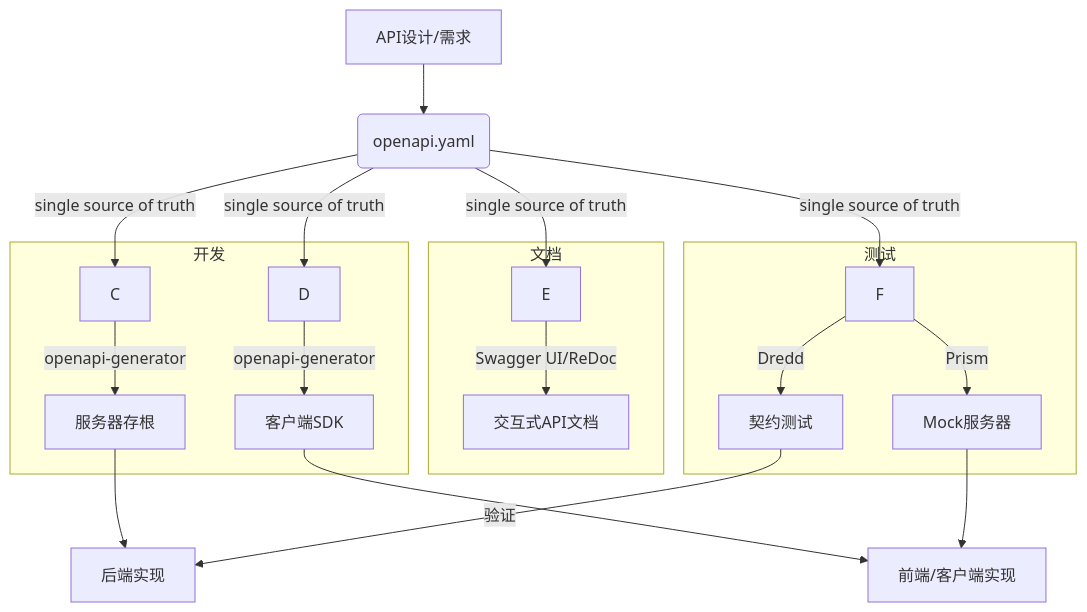
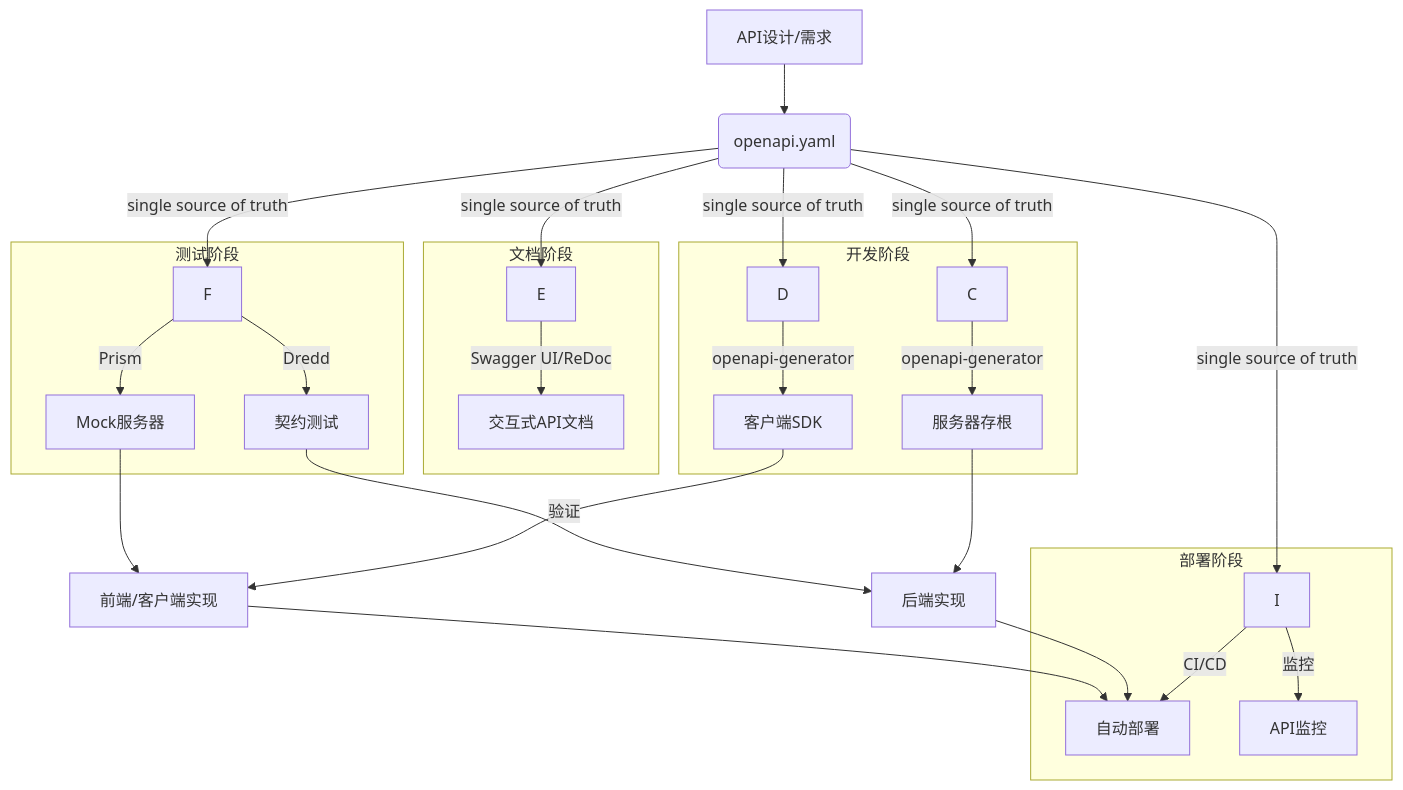
The first of 3 diagrams in Analysis/软件工程理论与实践体系/03-协议_DSL_自动化生成/03-API规范与DSL/01a-OpenAPI与Swagger-自动化实践.md (AdaMartin18010/formal-architecture), drawn with Mermaid before and after one commit. The commit also changed other lines of this file and 152 other files, not shown here.

````diff
--- a/Analysis/软件工程理论与实践体系/03-协议_DSL_自动化生成/03-API规范与DSL/01a-OpenAPI与Swagger-自动化实践.md
+++ b/Analysis/软件工程理论与实践体系/03-协议_DSL_自动化生成/03-API规范与DSL/01a-OpenAPI与Swagger-自动化实践.md
@@ -156,24 +897,31 @@
 ```mermaid
 graph TD
     A[API设计/需求] --> B(openapi.yaml);
-    B -- single source of truth --> C & D & E & F;
+    B -- single source of truth --> C & D & E & F & I;
 
-    subgraph "开发"
+    subgraph "开发阶段"
         C -- openapi-generator --> C1[服务器存根];
         D -- openapi-generator --> D1[客户端SDK];
     end
     
-    subgraph "文档"
+    subgraph "文档阶段"
        E -- Swagger UI/ReDoc --> E1[交互式API文档];
     end
     
-    subgraph "测试"
+    subgraph "测试阶段"
        F -- Prism --> F1[Mock服务器];
        F -- Dredd --> F2[契约测试];
+    end
+
+    subgraph "部署阶段"
+       I -- CI/CD --> I1[自动部署];
+       I -- 监控 --> I2[API监控];
     end
 
     C1 --> G[后端实现];
     D1 --> H[前端/客户端实现];
     F1 --> H;
     F2 -- 验证 --> G;
+    G --> I1;
+    H --> I1;
 ```
````
